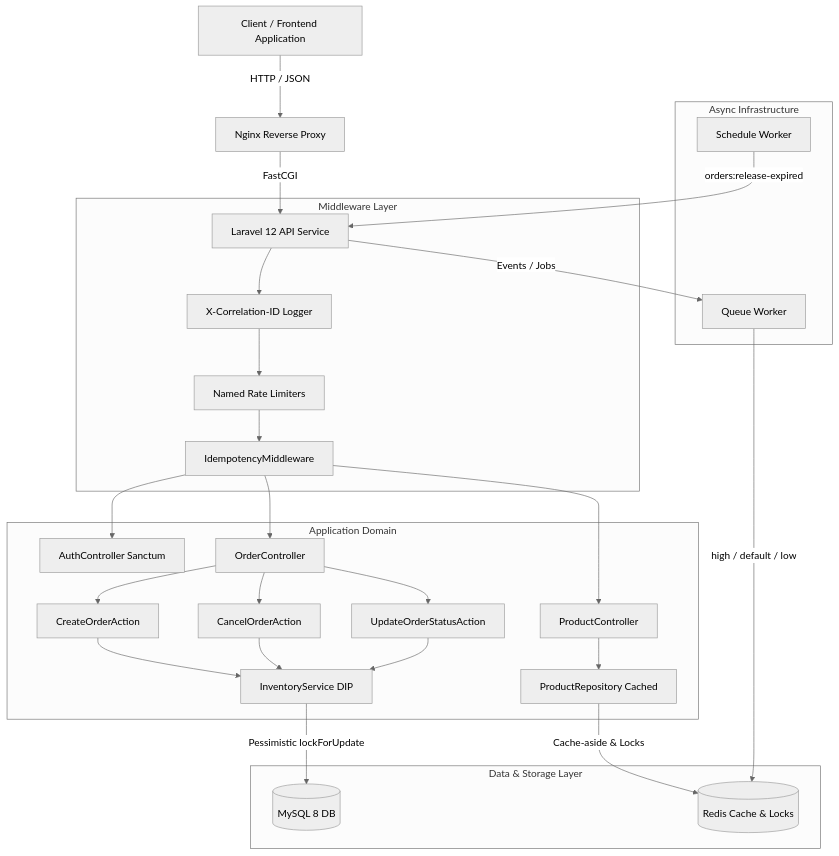
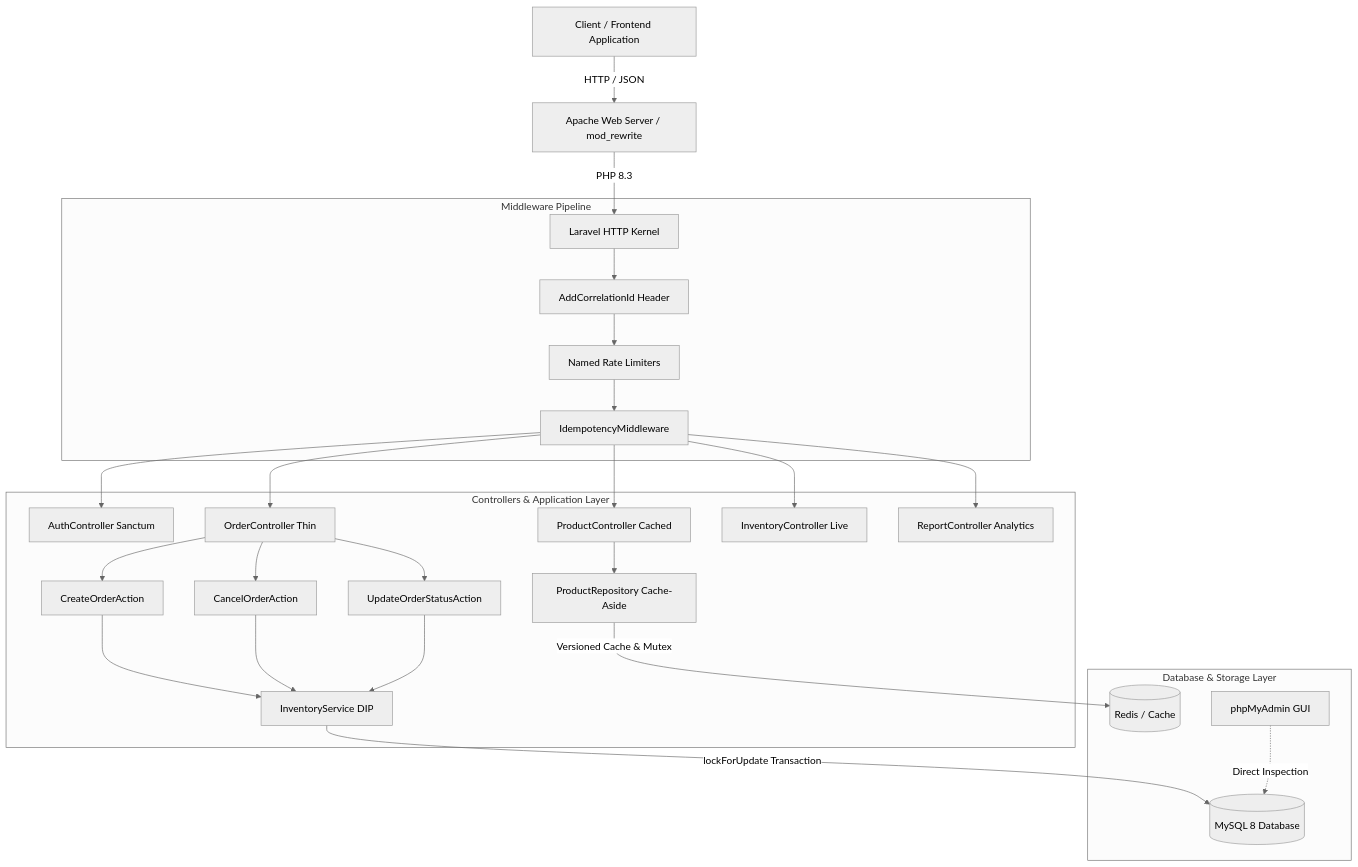
Before and after one commit to mahmudul007/order-inventory-api: the first of 2 diagrams in README.md, drawn with Mermaid (neutral theme). The commit also changed other lines of this file and 24 other files, not shown here.

Commit message:
feat: complete order processing and inventory api with apache setup and documentation

````diff
--- a/README.md
+++ b/README.md
@@ -9,38 +9,35 @@
 ```mermaid
 flowchart TD
-    Client[Client / Frontend Application] -->|HTTP / JSON| Nginx[Nginx Reverse Proxy]
-    Nginx -->|FastCGI| App[Laravel 12 API Service]
+    Client[Client / Frontend Application] -->|HTTP / JSON| Apache[Apache Web Server / mod_rewrite]
+    Apache -->|PHP 8.3| Kernel[Laravel HTTP Kernel]
 
-    subgraph Middleware Layer
-        App --> CorrelationID[X-Correlation-ID Logger]
-        CorrelationID --> Throttle[Named Rate Limiters]
-        Throttle --> Idempotency[IdempotencyMiddleware]
+    subgraph Middleware Pipeline
+        Kernel --> CorrId[AddCorrelationId Header]
+        CorrId --> Throttling[Named Rate Limiters]
+        Throttling --> Idempotency[IdempotencyMiddleware]
     end
 
-    subgraph Application Domain
-        Idempotency --> AuthController[AuthController Sanctum]
-        Idempotency --> OrderController[OrderController]
-        Idempotency --> ProductController[ProductController]
+    subgraph Controllers & Application Layer
+        Idempotency --> AuthCtrl[AuthController Sanctum]
+        Idempotency --> OrderCtrl[OrderController Thin]
+        Idempotency --> ProdCtrl[ProductController Cached]
+        Idempotency --> InvCtrl[InventoryController Live]
+        Idempotency --> ReportCtrl[ReportController Analytics]
         
-        OrderController --> CreateAction[CreateOrderAction]
-        OrderController --> CancelAction[CancelOrderAction]
-        OrderController --> UpdateAction[UpdateOrderStatusAction]
+        OrderCtrl --> CreateAction[CreateOrderAction]
+        OrderCtrl --> CancelAction[CancelOrderAction]
+        OrderCtrl --> UpdateAction[UpdateOrderStatusAction]
         
         CreateAction --> InvService[InventoryService DIP]
         CancelAction --> InvService
         UpdateAction --> InvService
         
-        ProductController --> Repo[ProductRepository Cached]
+        ProdCtrl --> ProdRepo[ProductRepository Cache-Aside]
     end
 
-    subgraph Data & Storage Layer
-        InvService -->|Pessimistic lockForUpdate| MySQL[(MySQL 8 DB)]
-        Repo -->|Cache-aside & Locks| Redis[(Redis Cache & Locks)]
-    end
-
-    subgraph Async Infrastructure
-        App -->|Events / Jobs| Queues[Queue Worker]
-        Queues -->|high / default / low| Redis
-        Scheduler[Schedule Worker] -->|orders:release-expired| App
+    subgraph Database & Storage Layer
+        InvService -->|lockForUpdate Transaction| MySQL[(MySQL 8 Database)]
+        ProdRepo -->|Versioned Cache & Mutex| Redis[(Redis / Cache)]
+        phpMyAdmin[phpMyAdmin GUI] -.->|Direct Inspection| MySQL
     end
 ```
````
